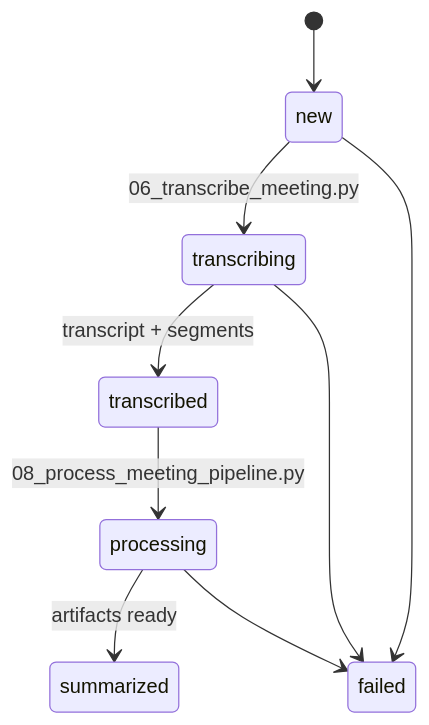
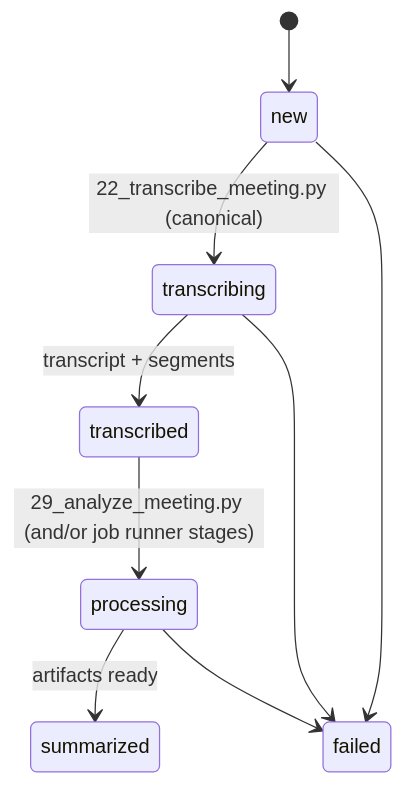
One commit to Anatoliy-Sysoev/MeetingAgent changed the third of 6 diagrams in docs/architecture/TECHNICAL_FILE_RELATIONSHIPS.md. Above: the diagram before and after it, drawn with Mermaid. The commit also changed other lines of this file and 6 other files, not shown here.

First line of the commit message:
Clean up stale docs and roadmap drift

````diff
--- a/docs/architecture/TECHNICAL_FILE_RELATIONSHIPS.md
+++ b/docs/architecture/TECHNICAL_FILE_RELATIONSHIPS.md
@@ -57,11 +59,11 @@
 ```mermaid
 stateDiagram-v2
     [*] --> new
-    new --> transcribing: 06_transcribe_meeting.py
+    new --> transcribing: 22_transcribe_meeting.py (canonical)
     transcribing --> transcribed: transcript + segments
-    transcribed --> processing: 08_process_meeting_pipeline.py
+    transcribed --> processing: 29_analyze_meeting.py (and/or job runner stages)
     processing --> summarized: artifacts ready
     new --> failed
     transcribing --> failed
     processing --> failed
 ```
````
